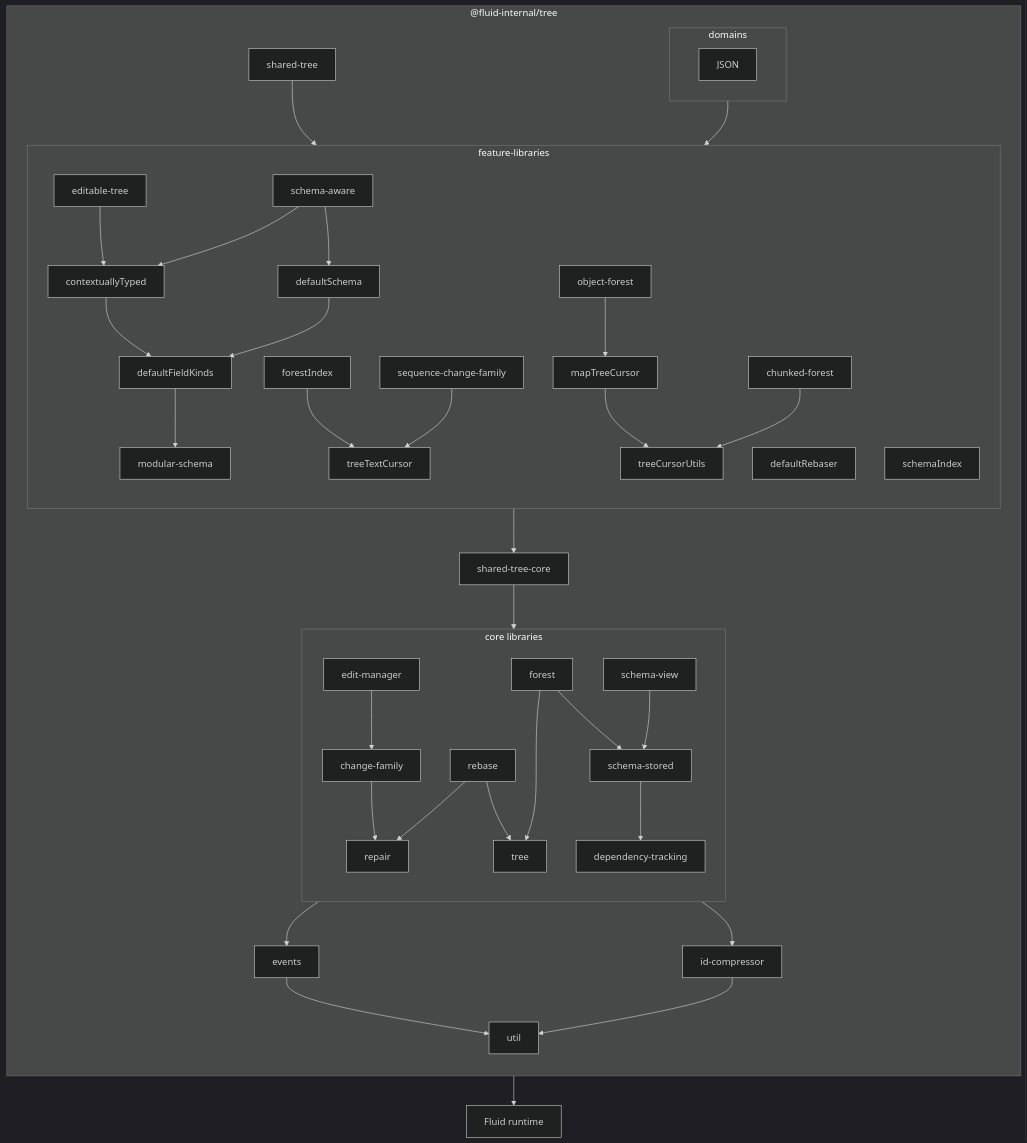
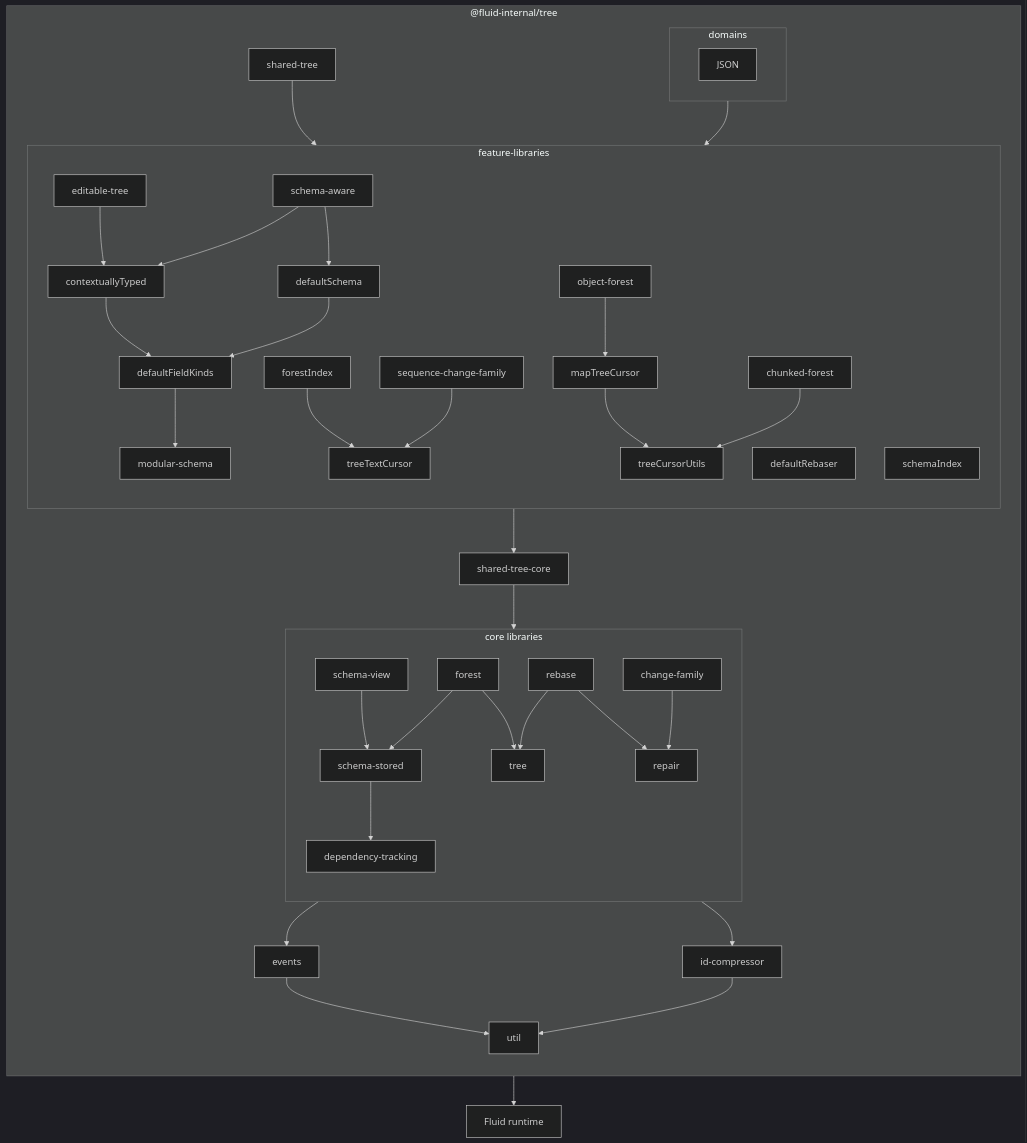
The sixth of 6 diagrams in packages/dds/tree/README.md (microsoft/FluidFramework), drawn with Mermaid (dark theme) before and after one commit.

Commit message:
update readme diagram

````diff
--- a/packages/dds/tree/README.md
+++ b/packages/dds/tree/README.md
@@ -298,44 +298,43 @@
 ```mermaid
 flowchart
     direction TB
     subgraph package ["@fluid-internal/tree"]
         direction TB
         subgraph core ["core libraries"]
             direction TB
             forest-->schema-stored
+            rebase-->tree
             change-family-->repair
-            edit-manager-->change-family
             rebase-->repair
-            rebase-->tree
             schema-stored-->dependency-tracking
             schema-view-->schema-stored
             dependency-tracking
             forest-->tree
         end
         core-->events-->util
         core-->id-compressor-->util
         feature-->shared-tree-core
         shared-tree-core-->core
         shared-tree-->feature
         subgraph feature ["feature-libraries"]
             direction TB
             editable-tree-->contextuallyTyped
             defaultRebaser
             contextuallyTyped-->defaultFieldKinds
             defaultSchema-->defaultFieldKinds-->modular-schema
             forestIndex-->treeTextCursor
             schema-aware-->defaultSchema
             schema-aware-->contextuallyTyped
             modular-schema
             object-forest-->mapTreeCursor-->treeCursorUtils
             chunked-forest-->treeCursorUtils
             schemaIndex
             sequence-change-family-->treeTextCursor
         end
         subgraph domains
             JSON
         end
         domains-->feature
     end
     package-->runtime["Fluid runtime"]
 ```
````
